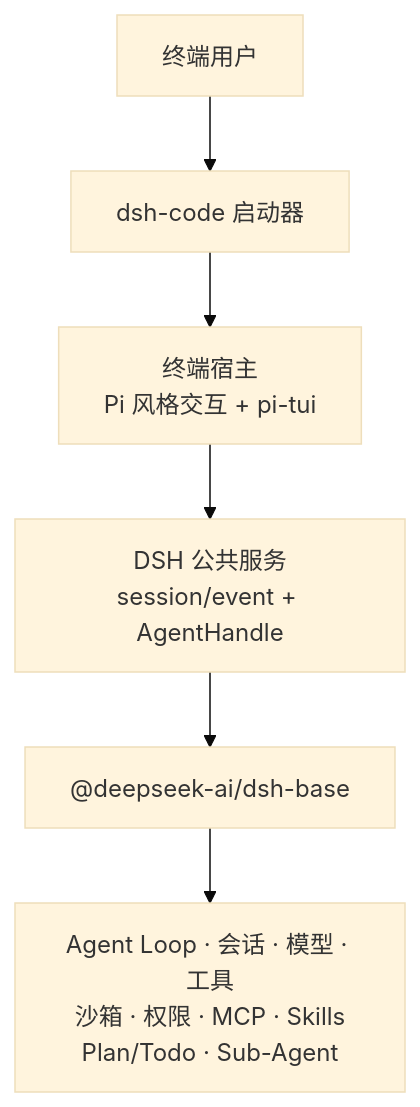
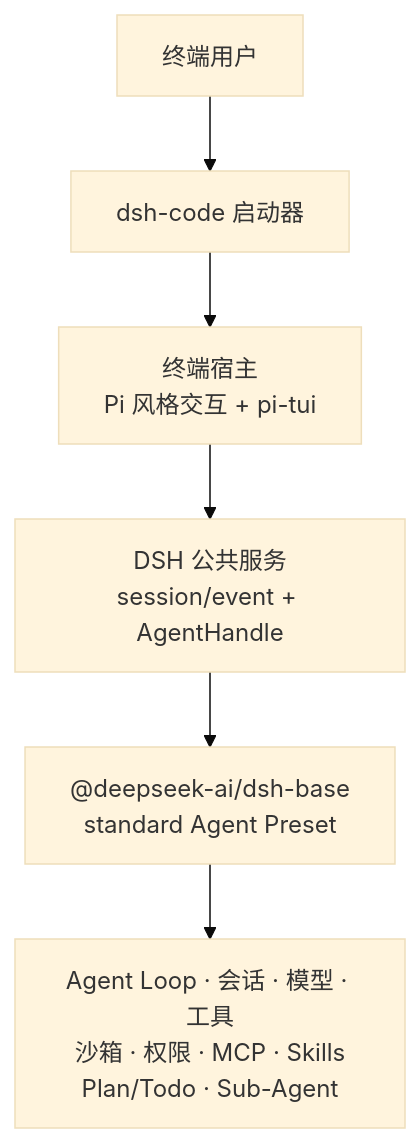
The diagram in README.zh-CN.md (guoxiucai/dsh-code), drawn with Mermaid (base theme) before and after one commit. The commit also changed other lines of this file and 10 other files, not shown here.

Commit message:
feat: default TUI sessions to standard preset

````diff
--- a/README.zh-CN.md
+++ b/README.zh-CN.md
@@ -75,8 +75,8 @@
 ```mermaid
 flowchart TB
   User["终端用户"] --> CLI["dsh-code 启动器"]
   CLI --> TUI["终端宿主<br/>Pi 风格交互 + pi-tui"]
   TUI --> API["DSH 公共服务<br/>session/event + AgentHandle"]
-  API --> DSH["@deepseek-ai/dsh-base"]
+  API --> DSH["@deepseek-ai/dsh-base<br/>standard Agent Preset"]
   DSH --> Runtime["Agent Loop · 会话 · 模型 · 工具<br/>沙箱 · 权限 · MCP · Skills<br/>Plan/Todo · Sub-Agent"]
 ```
````
